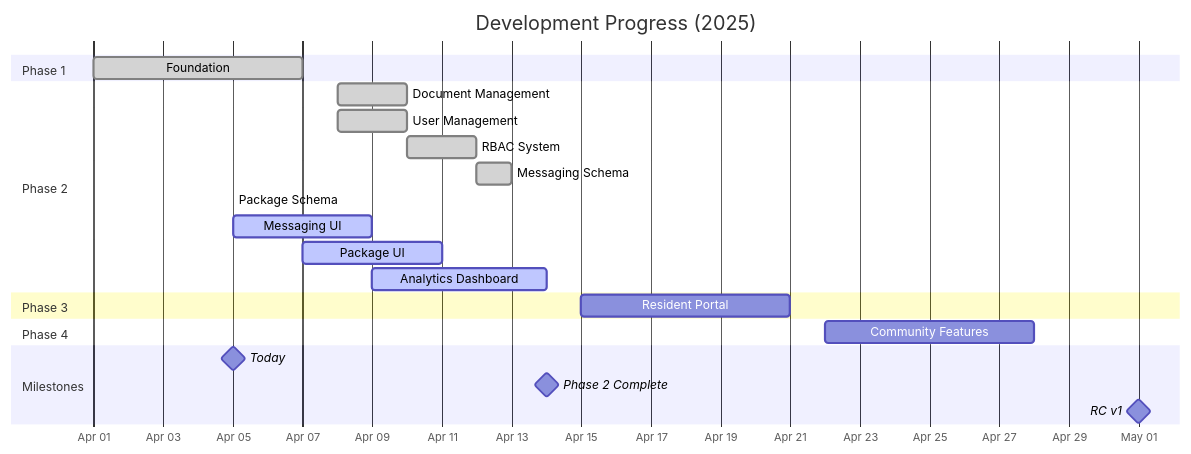
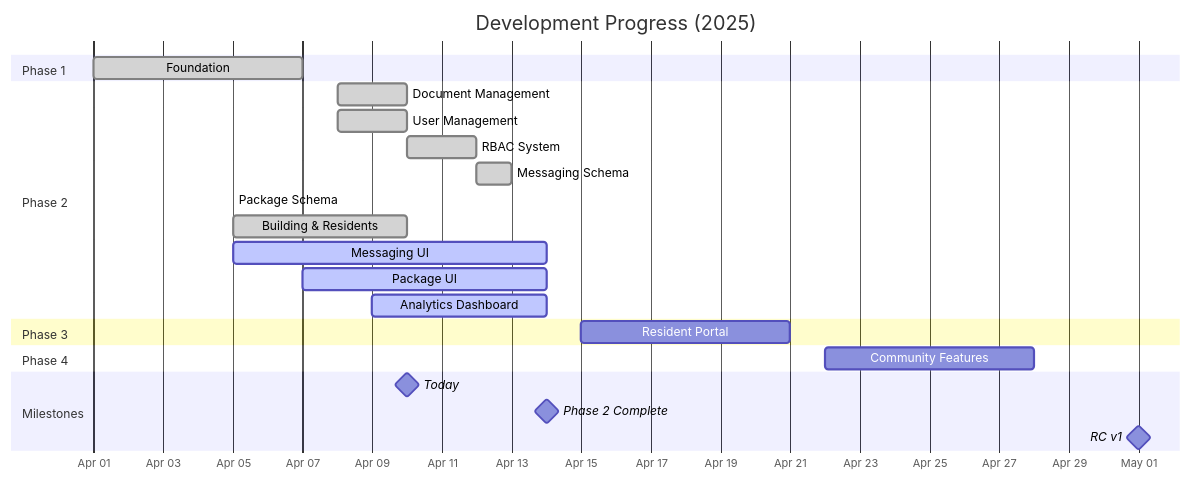
The diagram in docs/project-management/STATUS.md (mrj0nesmtl/loftsdesarts), drawn with Mermaid before and after one commit. The commit also changed other lines of this file and 90 other files, not shown here.

````diff
--- a/docs/project-management/STATUS.md
+++ b/docs/project-management/STATUS.md
@@ -140,31 +156,32 @@
 ```mermaid
 gantt
     title Development Progress (2025)
     dateFormat YYYY-MM-DD
     axisFormat %b %d
     todayMarker on
     
     section Phase 1
     Foundation           :done, p1, 2025-04-01, 2025-04-07
     
     section Phase 2
     Document Management  :done, dm, 2025-04-08, 2025-04-10
     User Management      :done, um, 2025-04-08, 2025-04-10
     RBAC System          :done, rbac, 2025-04-10, 2025-04-12
     Messaging Schema     :done, ms, 2025-04-12, 2025-04-13
     Package Schema       :done, ps, 2025-04-13, 2025-04-05
-    Messaging UI         :active, mui, 2025-04-05, 2025-04-09
-    Package UI           :active, pui, 2025-04-07, 2025-04-11
+    Building & Residents :done, br, 2025-04-05, 2025-04-10
+    Messaging UI         :active, mui, 2025-04-05, 2025-04-14
+    Package UI           :active, pui, 2025-04-07, 2025-04-14
     Analytics Dashboard  :active, ad, 2025-04-09, 2025-04-14
     
     section Phase 3
     Resident Portal      :p3, 2025-04-15, 2025-04-21
     
     section Phase 4
     Community Features   :p4, 2025-04-22, 2025-04-28
     
     section Milestones
-    Today                :milestone, today, 2025-04-05, 0d
+    Today                :milestone, today, 2025-04-10, 0d
     Phase 2 Complete     :milestone, m1, 2025-04-14, 0d
     RC v1                :milestone, m2, 2025-05-01, 0d
 ```
````
